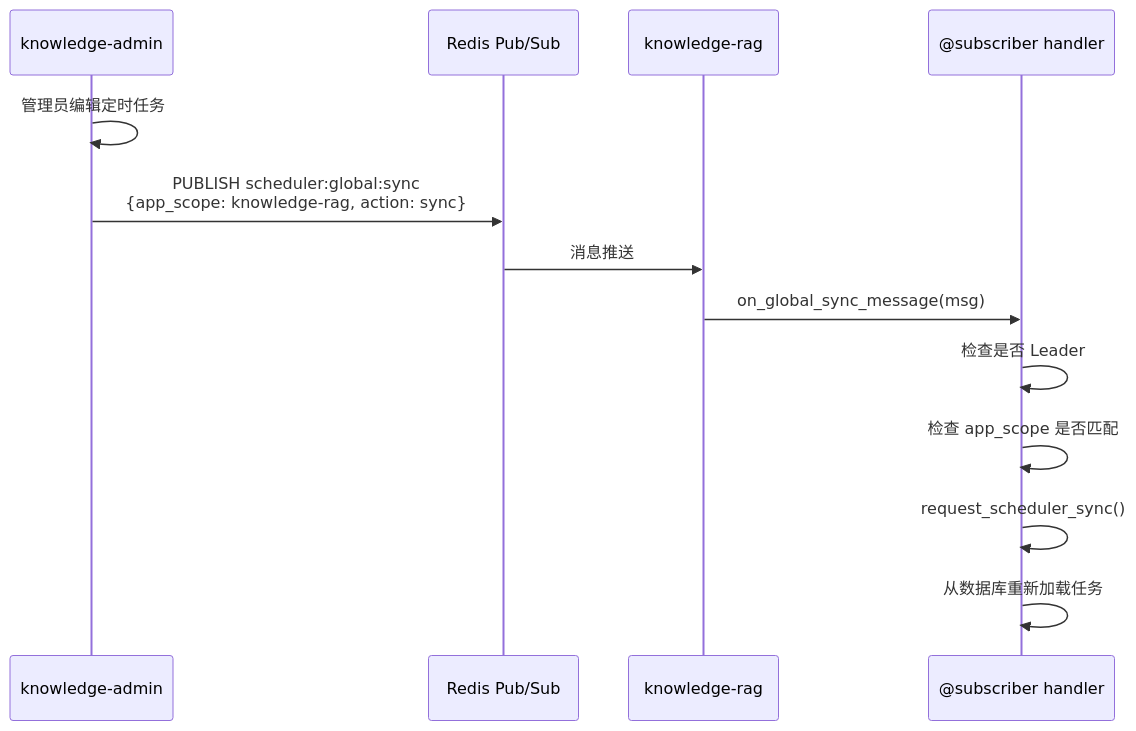
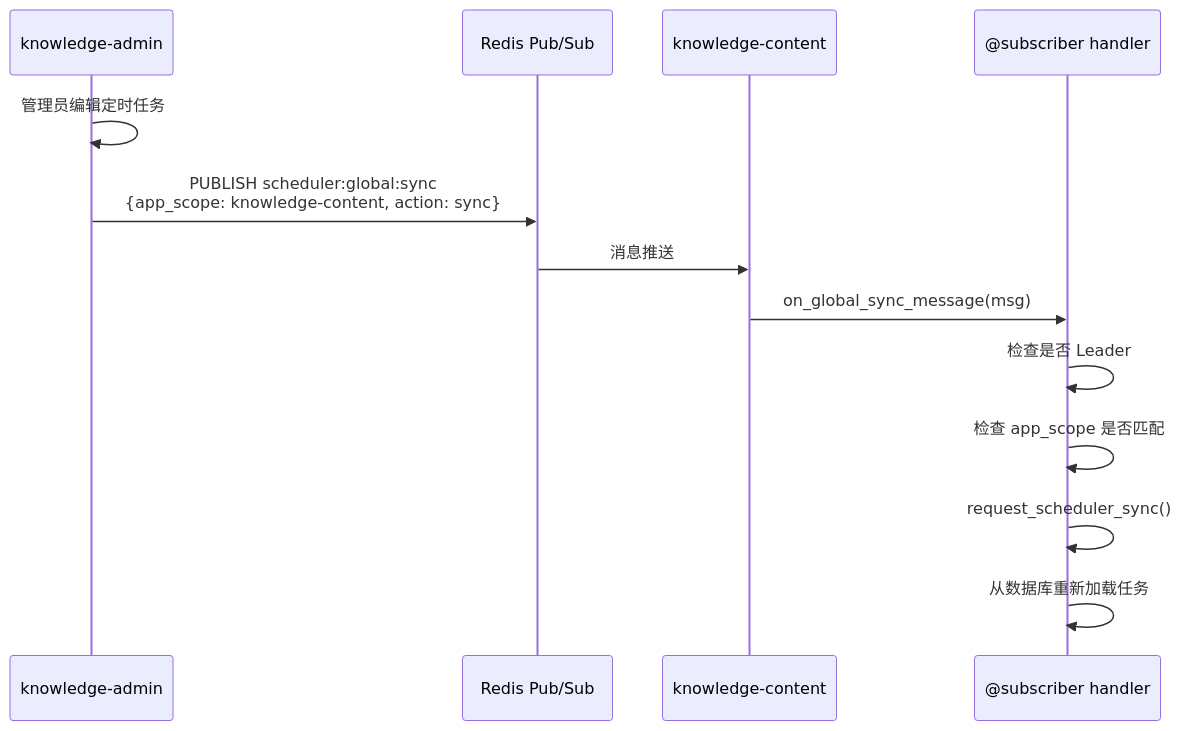
One commit to jiangwch03/knowledge changed the sixth of 6 diagrams in docs/infrastructure/广播服务.md. Above: the diagram before and after it, drawn with Mermaid. The commit also changed other lines of this file and 201 other files, not shown here.

First line of the commit message:
refactor: 项目重命名 knowledge-rag → knowledge-content（全栈）

````diff
--- a/docs/infrastructure/广播服务.md
+++ b/docs/infrastructure/广播服务.md
@@ -151,16 +151,16 @@
 ```mermaid
 sequenceDiagram
     participant Admin as knowledge-admin
     participant Redis as Redis Pub/Sub
-    participant Rag as knowledge-rag
+    participant Rag as knowledge-content
     participant Sub as @subscriber handler
 
     Admin->>Admin: 管理员编辑定时任务
-    Admin->>Redis: PUBLISH scheduler:global:sync<br/>{app_scope: knowledge-rag, action: sync}
+    Admin->>Redis: PUBLISH scheduler:global:sync<br/>{app_scope: knowledge-content, action: sync}
     Redis->>Rag: 消息推送
     Rag->>Sub: on_global_sync_message(msg)
     Sub->>Sub: 检查是否 Leader
     Sub->>Sub: 检查 app_scope 是否匹配
     Sub->>Sub: request_scheduler_sync()
     Sub->>Sub: 从数据库重新加载任务
 ```
````
